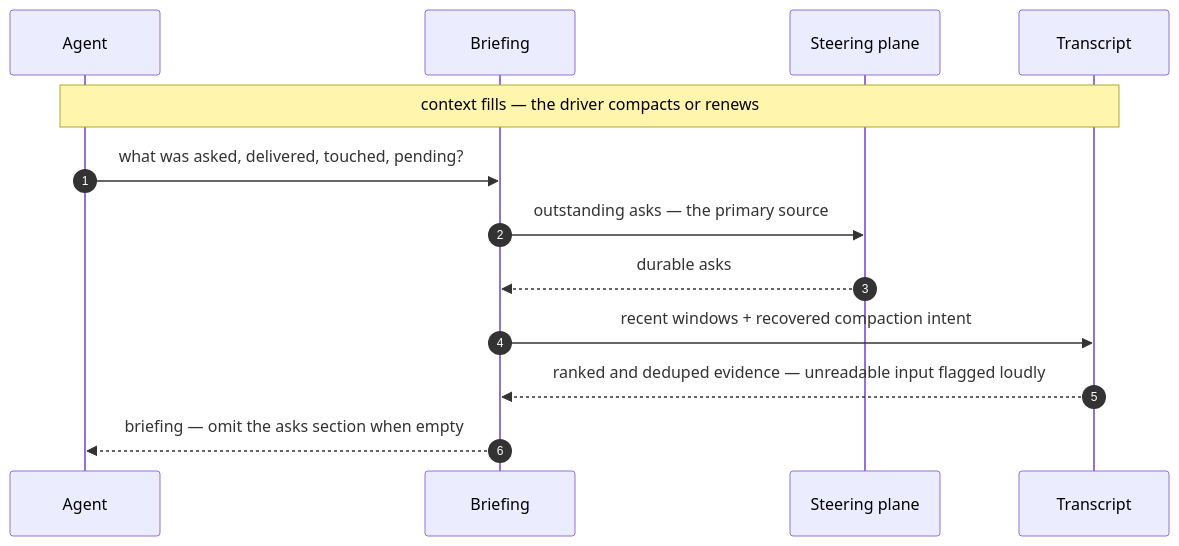
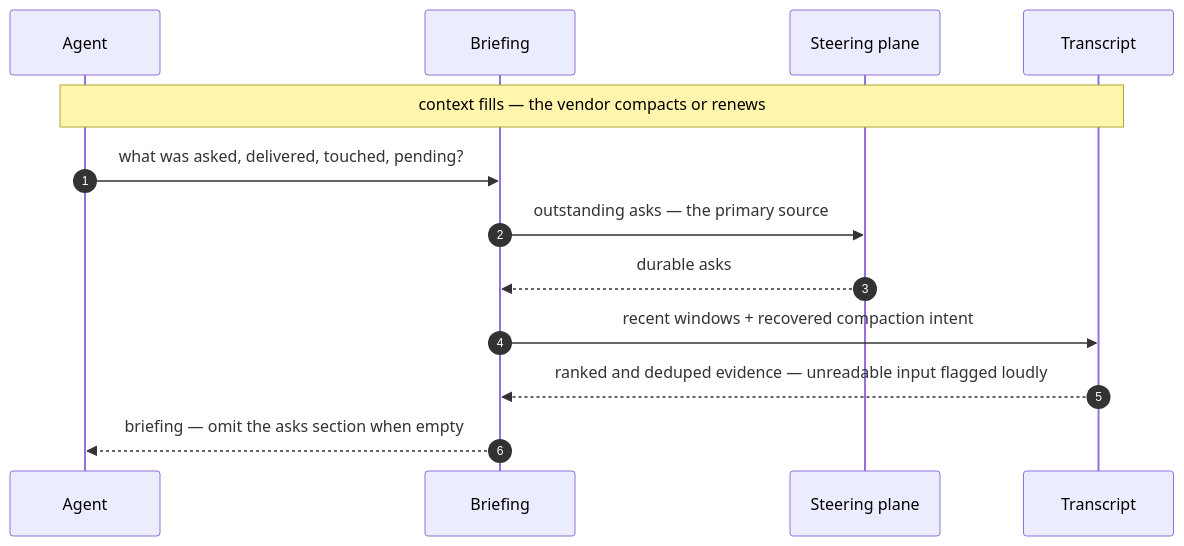
Before and after one commit to infimalabs/spice-rust: the tenth of 11 diagrams in docs/product/planes/session.md, drawn with Mermaid. The commit also changed other lines of this file and 71 other files, not shown here.

````diff
--- a/docs/product/planes/session.md
+++ b/docs/product/planes/session.md
@@ -387,16 +342,16 @@
 ```mermaid
 sequenceDiagram
   autonumber
   participant AG as Agent
   participant BR as Briefing
   participant ST as Steering plane
   participant TR as Transcript
 
-  Note over AG,TR: context fills — the driver compacts or renews
+  Note over AG,TR: context fills — the vendor compacts or renews
   AG->>BR: what was asked, delivered, touched, pending?
   BR->>ST: outstanding asks — the primary source
   ST-->>BR: durable asks
   BR->>TR: recent windows + recovered compaction intent
   TR-->>BR: ranked and deduped evidence — unreadable input flagged loudly
   BR-->>AG: briefing — omit the asks section when empty
 ```
````
